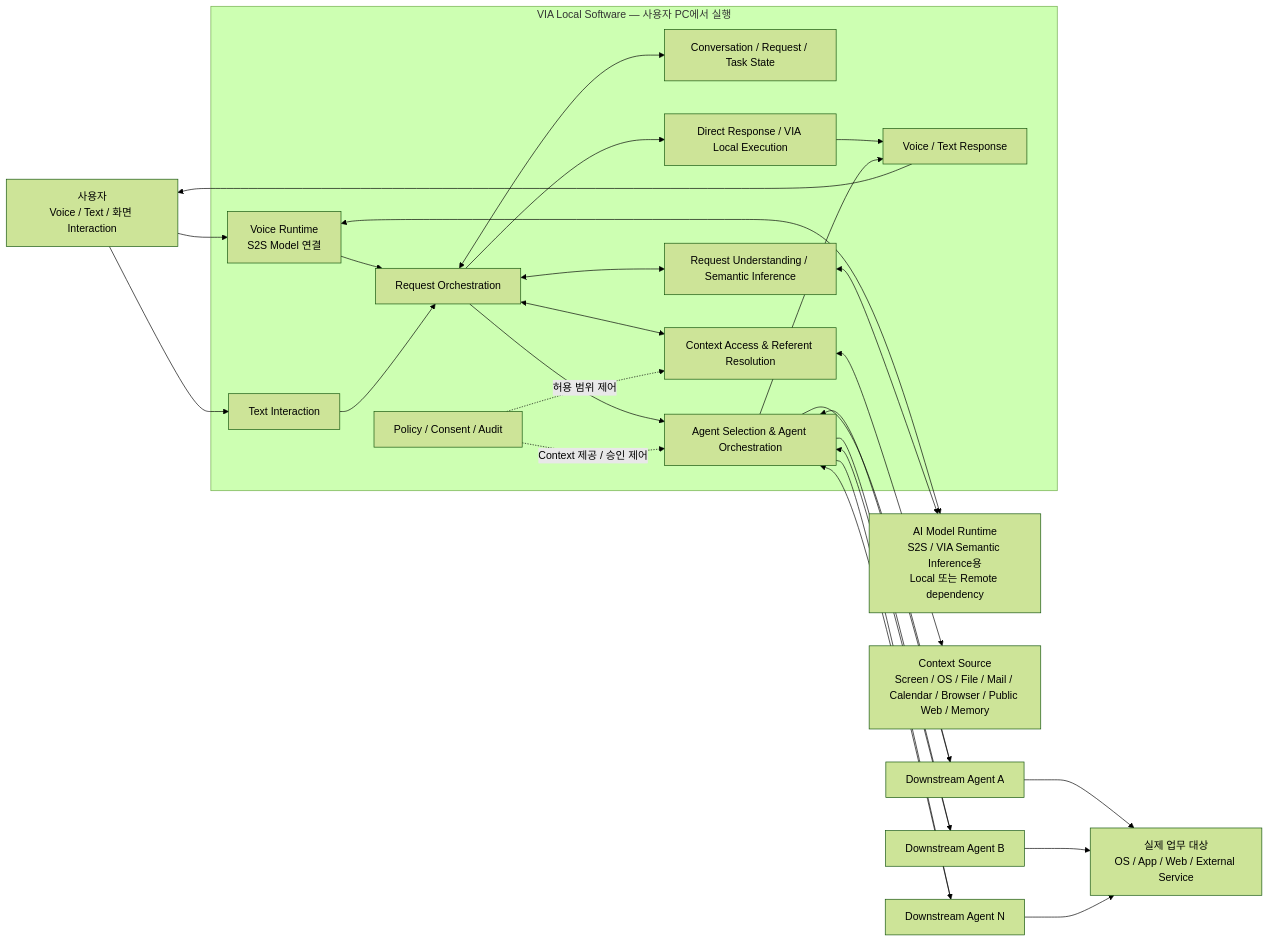
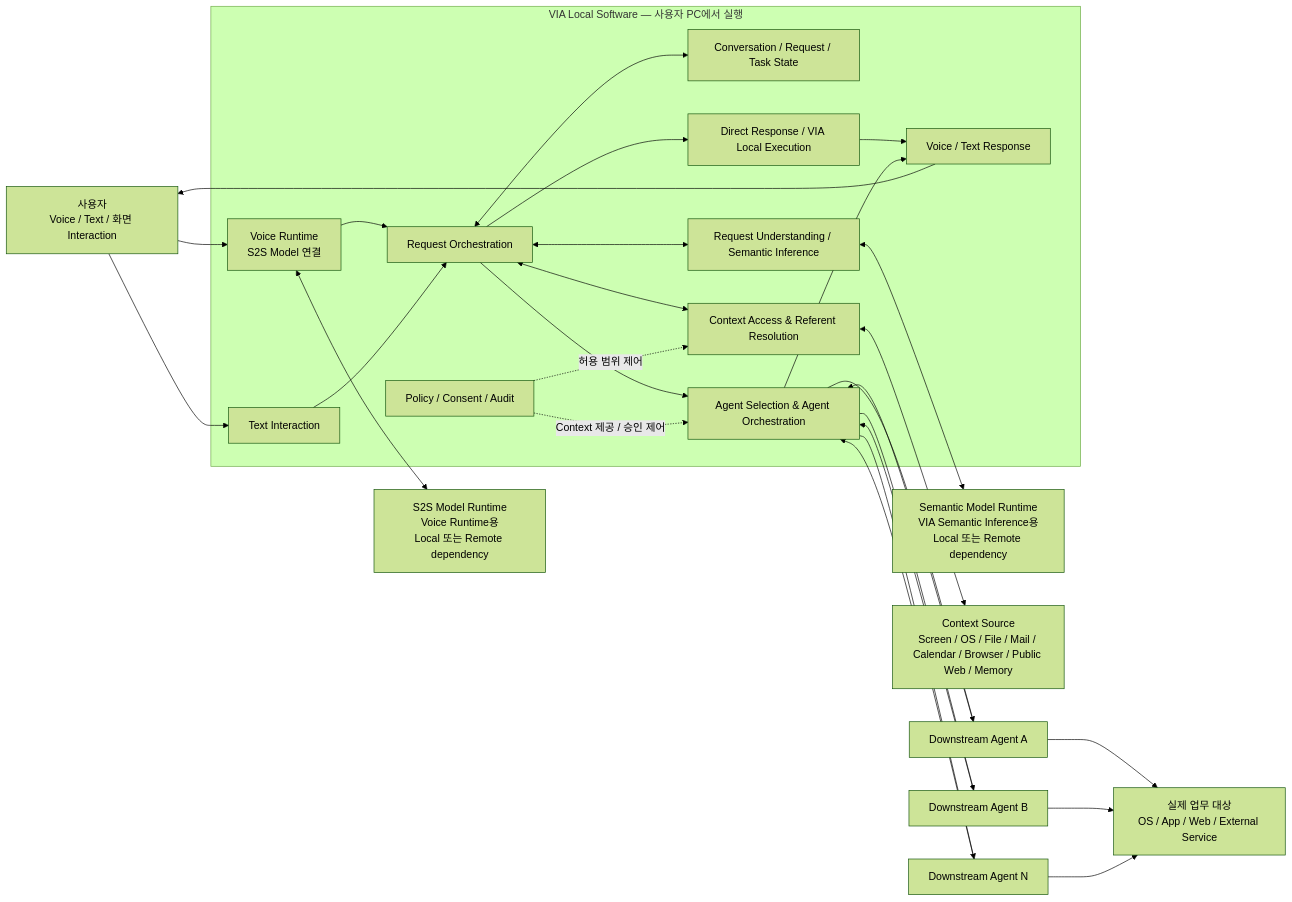
One commit to cbyche/via-sw-architecture changed the first of 2 diagrams in docs/rebaseline/03-fixed-architecture-scope-r1.md. Above: the diagram before and after it, drawn with Mermaid (forest theme). The commit also changed other lines of this file, not shown here.

Commit message:
docs: split S2S and semantic model runtimes in R1 diagram

````diff
--- a/docs/rebaseline/03-fixed-architecture-scope-r1.md
+++ b/docs/rebaseline/03-fixed-architecture-scope-r1.md
@@ -45,60 +45,61 @@
 ```mermaid
 flowchart LR
     U["사용자<br/>Voice / Text / 화면 Interaction"]
 
     subgraph VIA["VIA Local Software — 사용자 PC에서 실행"]
         VR["Voice Runtime<br/>S2S Model 연결"]
         TI["Text Interaction"]
         CS["Conversation / Request / Task State"]
         CX["Context Access & Referent Resolution"]
         SI["Request Understanding / Semantic Inference"]
         RO["Request Orchestration"]
         DR["Direct Response / VIA Local Execution"]
         AO["Agent Selection & Agent Orchestration"]
         RESP["Voice / Text Response"]
         POL["Policy / Consent / Audit"]
     end
 
-    MODEL["AI Model Runtime<br/>S2S / VIA Semantic Inference용<br/>Local 또는 Remote dependency"]
+    S2S["S2S Model Runtime<br/>Voice Runtime용<br/>Local 또는 Remote dependency"]
+    SEM["Semantic Model Runtime<br/>VIA Semantic Inference용<br/>Local 또는 Remote dependency"]
     CTX["Context Source<br/>Screen / OS / File / Mail / Calendar / Browser / Public Web / Memory"]
 
     A1["Downstream Agent A"]
     A2["Downstream Agent B"]
     AN["Downstream Agent N"]
 
     TARGET["실제 업무 대상<br/>OS / App / Web / External Service"]
 
     U --> VR
     U --> TI
     VR --> RO
     TI --> RO
 
     RO <--> CS
     RO <--> CX
     RO <--> SI
     RO --> DR
     RO --> AO
 
     CX <--> CTX
-    VR <--> MODEL
-    SI <--> MODEL
+    VR <--> S2S
+    SI <--> SEM
 
     POL -. "허용 범위 제어" .-> CX
     POL -. "Context 제공 / 승인 제어" .-> AO
 
     AO --> A1
     AO --> A2
     AO --> AN
 
     A1 --> TARGET
     A2 --> TARGET
     AN --> TARGET
 
     A1 --> AO
     A2 --> AO
     AN --> AO
 
     DR --> RESP
     AO --> RESP
     RESP --> U
 ```
````
